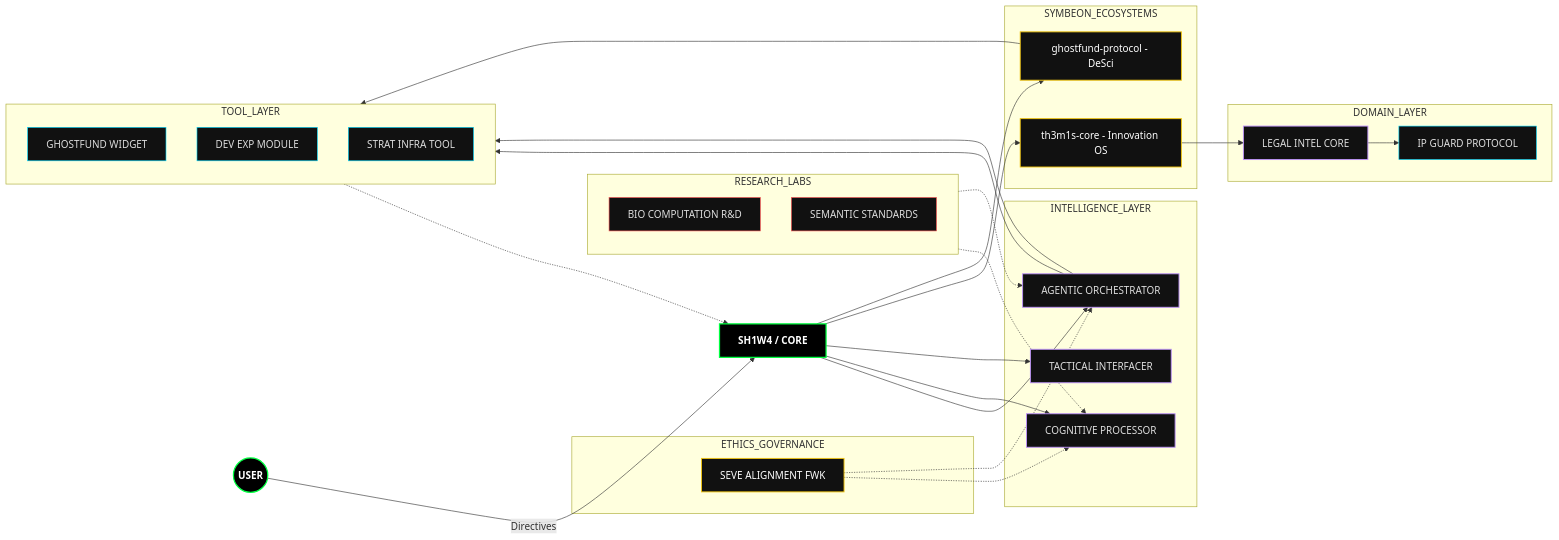
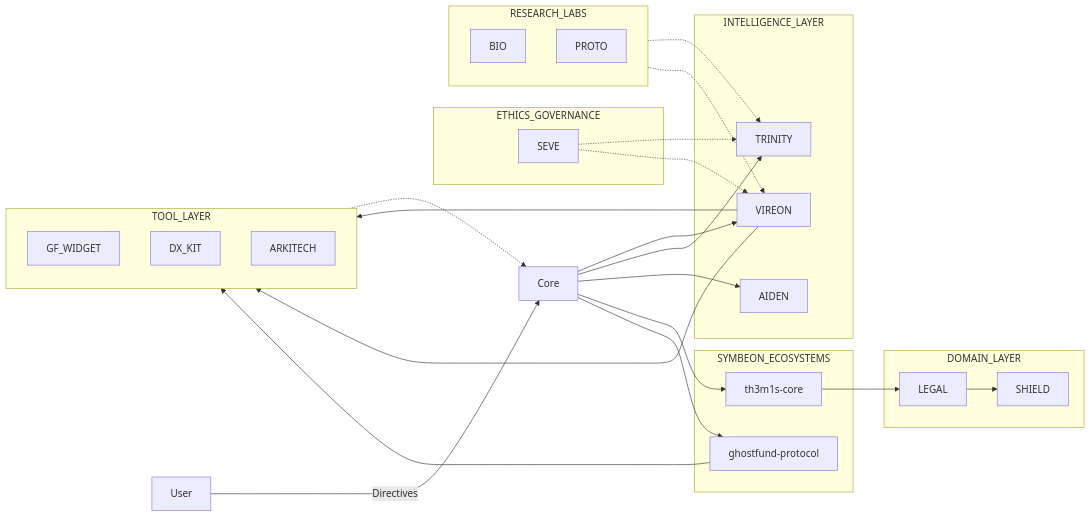
Before and after one commit to SH1W4/sh1w4: the first of 3 diagrams in README.md, drawn with Mermaid.

Commit message:
fix: simplified mermaid flowchart for maximum rendering compatibility

````diff
--- a/README.md
+++ b/README.md
@@ -91,72 +91,58 @@
 ```mermaid
 flowchart LR
-    %% Themes & Styles
-    classDef core fill:#000,stroke:#00ff41,stroke-width:2px,color:#fff,font-weight:bold;
-    classDef agent fill:#111,stroke:#bd93f9,stroke-width:1.5px,color:#ddd;
-    classDef tool fill:#111,stroke:#00d9ff,stroke-width:1px,color:#ddd;
-    classDef ethics fill:#111,stroke:#f1c40f,stroke-width:1.5px,color:#fff;
-    classDef research fill:#111,stroke:#ff5555,stroke-width:1px,color:#ddd;
-
-    %% Nodes
-    User((USER)):::core
-    Core[SH1W4 / CORE]:::core
+    User -->|Directives| Core
     
     subgraph ETHICS_GOVERNANCE
-        SEVE["SEVE ALIGNMENT FWK"]:::ethics
+        SEVE
     end
     
     subgraph RESEARCH_LABS
         direction TB
-        BIO["BIO COMPUTATION R&D"]:::research
-        PROTO["SEMANTIC STANDARDS"]:::research
+        BIO
+        PROTO
     end
     
     subgraph INTELLIGENCE_LAYER
-        VIREON["AGENTIC ORCHESTRATOR"]:::agent
-        TRINITY["COGNITIVE PROCESSOR"]:::agent
-        AIDEN["TACTICAL INTERFACER"]:::agent
+        VIREON
+        TRINITY
+        AIDEN
     end
 
     subgraph SYMBEON_ECOSYSTEMS
-        T_CORE["th3m1s-core - Innovation OS"]:::ethics
-        G_FUND["ghostfund-protocol - DeSci"]:::ethics
+        T_CORE["th3m1s-core"]
+        G_FUND["ghostfund-protocol"]
     end
 
     subgraph DOMAIN_LAYER
-        LEGAL["LEGAL INTEL CORE"]:::agent
-        SHIELD["IP GUARD PROTOCOL"]:::tool
+        LEGAL
+        SHIELD
     end
 
     subgraph TOOL_LAYER
         direction TB
-        GF_WIDGET["GHOSTFUND WIDGET"]:::tool
-        DX_KIT["DEV EXP MODULE"]:::tool
-        ARKITECH["STRAT INFRA TOOL"]:::tool
+        GF_WIDGET
+        DX_KIT
+        ARKITECH
     end
 
     %% Connections
-    User -->|Directives| Core
     Core --> VIREON
     Core --> TRINITY
     Core --> AIDEN
     Core --> T_CORE
     Core --> G_FUND
 
     T_CORE --> LEGAL
     LEGAL --> SHIELD
     
     G_FUND --> GF_WIDGET
     VIREON --> DX_KIT
     VIREON --> ARKITECH
 
-    %% Strategic Relationship Links
+    %% Relationship Links
     SEVE -.-> TRINITY
     SEVE -.-> VIREON
     BIO -.-> TRINITY
     PROTO -.-> VIREON
     DX_KIT -.-> Core
-    
-    %% Order
-    User ~~~ SEVE
-    User ~~~ BIO
 ```
````
